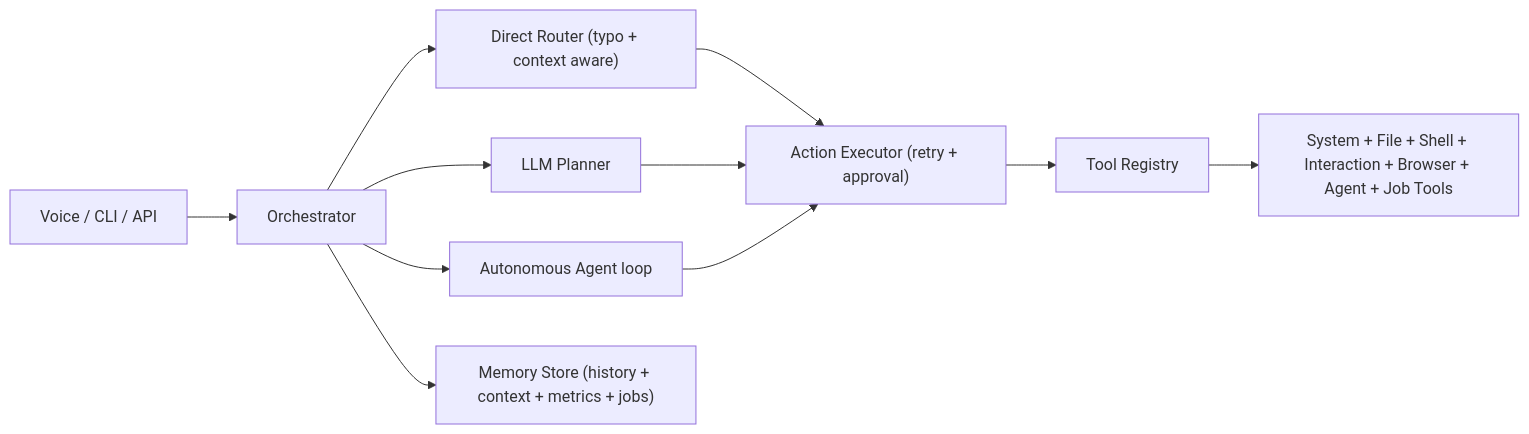
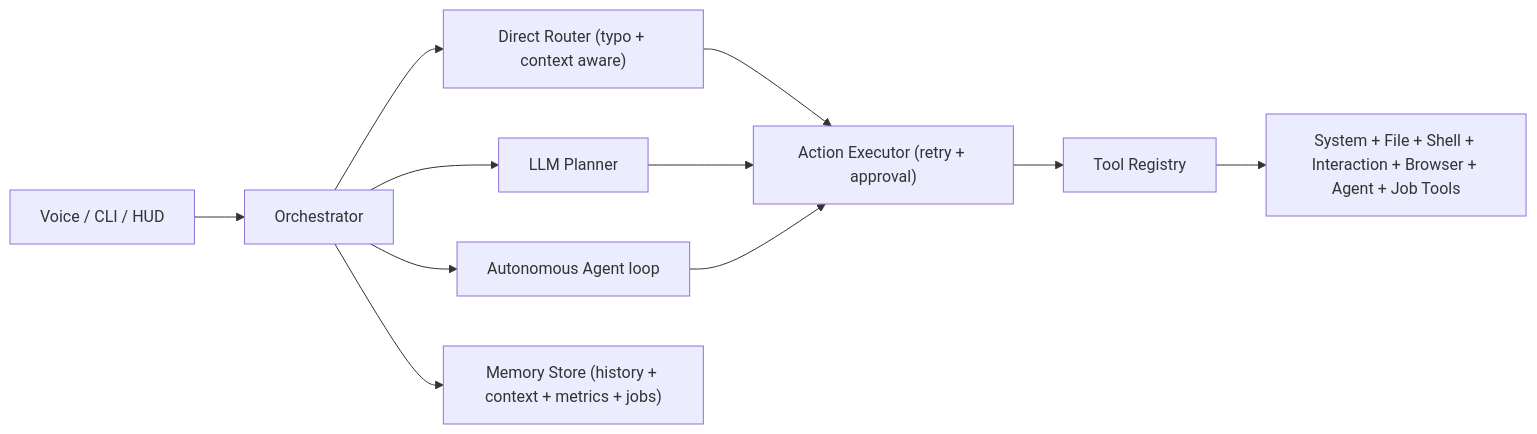
One commit to ghanendrasahu/jarvis changed the diagram in README.md. Above: the diagram before and after it, drawn with Mermaid. The commit also changed other lines of this file and 2 other files, not shown here.

````diff
--- a/README.md
+++ b/README.md
@@ -104,13 +99,13 @@
 ```mermaid
 flowchart LR
-  A["Voice / CLI / API"] --> B["Orchestrator"]
+  A["Voice / CLI / HUD"] --> B["Orchestrator"]
   B --> C["Direct Router (typo + context aware)"]
   B --> D["LLM Planner"]
   B --> E["Autonomous Agent loop"]
   C --> F["Action Executor (retry + approval)"]
   D --> F
   E --> F
   F --> G["Tool Registry"]
   G --> H["System + File + Shell + Interaction + Browser + Agent + Job Tools"]
   B --> I["Memory Store (history + context + metrics + jobs)"]
 ```
````
